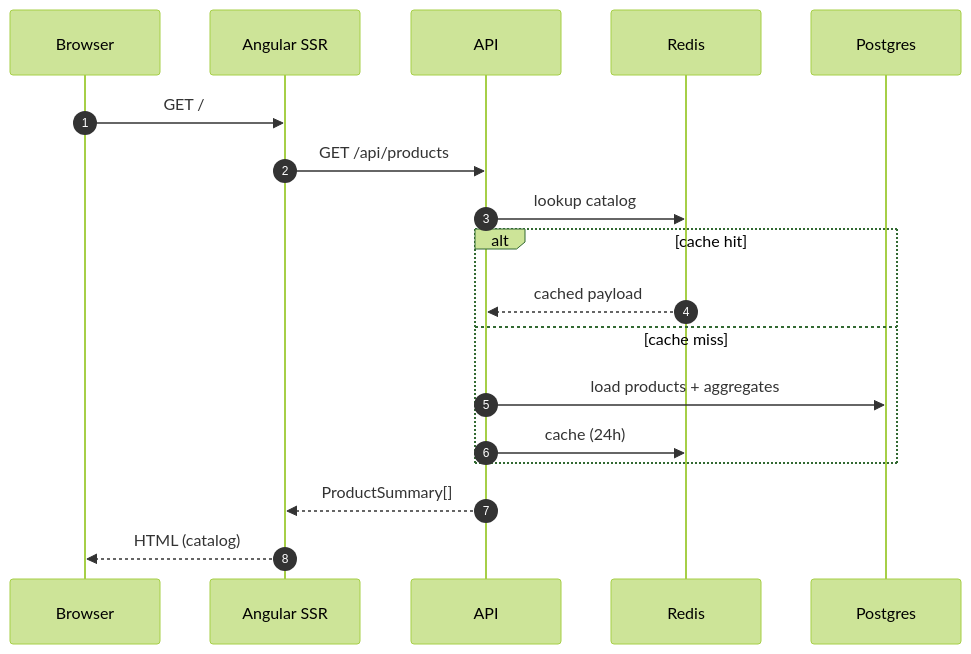
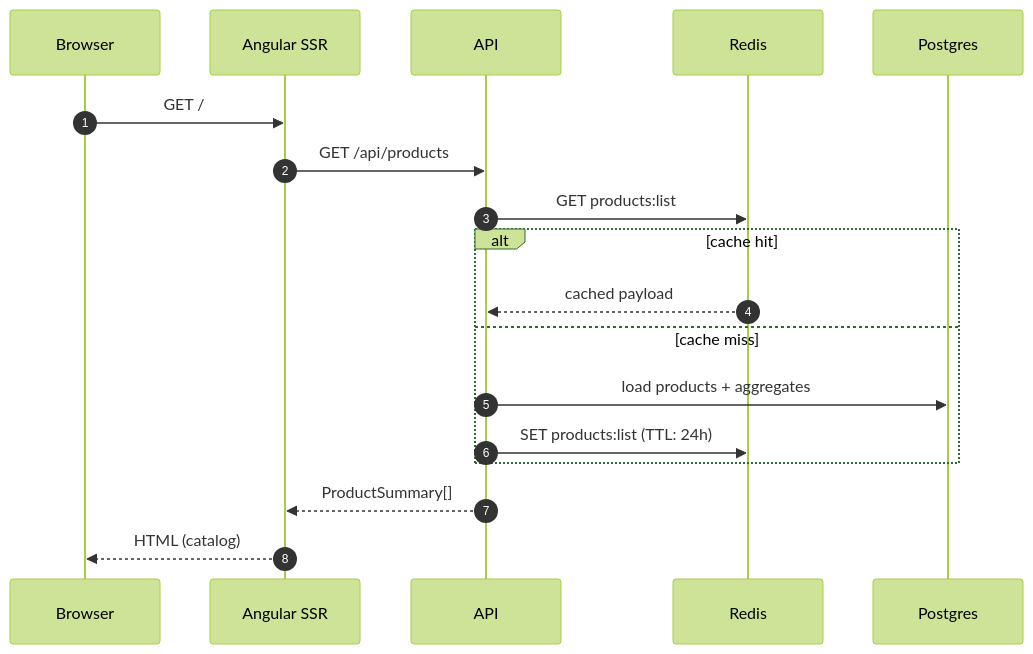
One commit to KaliCZ/reviews changed the third of 12 diagrams in docs/flows.md. Above: the diagram before and after it, drawn with Mermaid (forest theme). The commit also changed other lines of this file, not shown here.

First line of the commit message:
Restore named cache-key endpoints in product-flow diagrams

````diff
--- a/docs/flows.md
+++ b/docs/flows.md
@@ -78,23 +78,23 @@
 ```mermaid
 sequenceDiagram
     autonumber
     participant B as Browser
     participant S as Angular SSR
     participant A as API
     participant R as Redis
     participant P as Postgres
 
     B->>S: GET /
     S->>A: GET /api/products
-    A->>R: lookup catalog
+    A->>R: GET products:list
 
     alt cache hit
         R-->>A: cached payload
     else cache miss
         A->>P: load products + aggregates
-        A->>R: cache (24h)
+        A->>R: SET products:list (TTL: 24h)
     end
 
     A-->>S: ProductSummary[]
     S-->>B: HTML (catalog)
 ```
````
